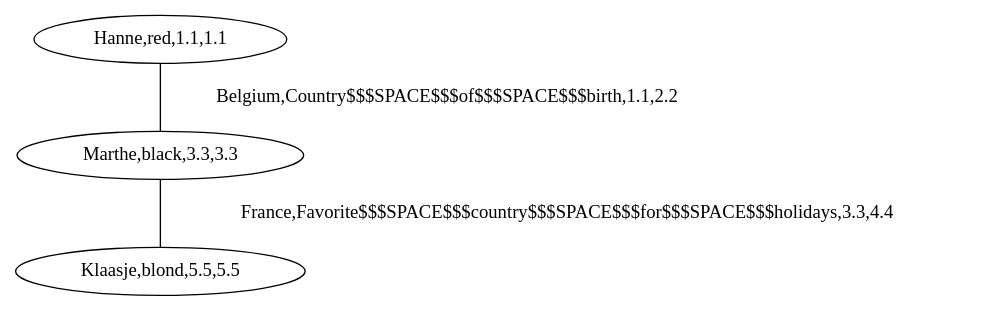
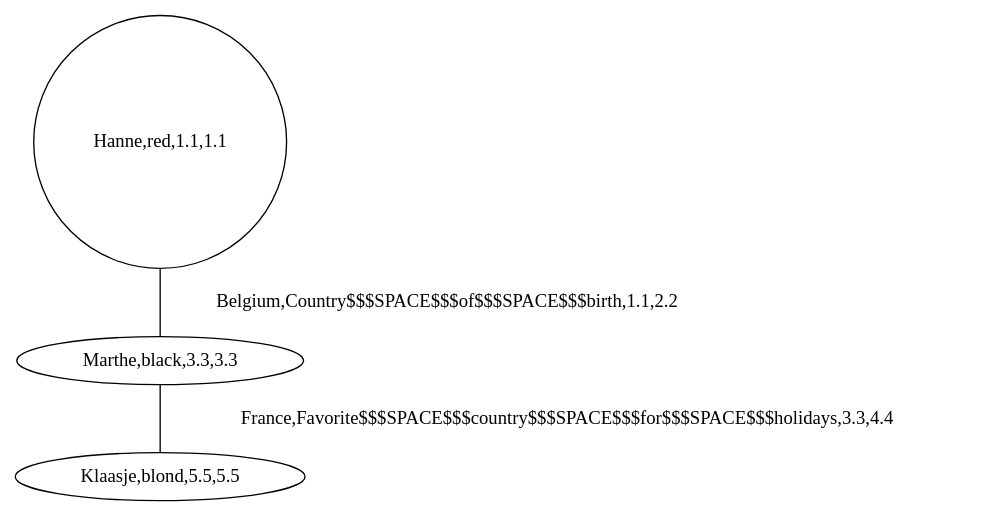
Before and after one commit to richelbilderbeek/boost_graph_cookbook_1: the diagram in BoostGraphTutorial/create_all_direct_neighbour_custom_and_selectable_edges_and_vertices_subgraphs_1.dot, drawn with Graphviz. The commit also changed 3 other files, not shown here.

```diff
--- a/BoostGraphTutorial/create_all_direct_neighbour_custom_and_selectable_edges_and_vertices_subgraphs_1.dot
+++ b/BoostGraphTutorial/create_all_direct_neighbour_custom_and_selectable_edges_and_vertices_subgraphs_1.dot
@@ -1,7 +1,7 @@
 graph G {
 0[label="Marthe,black,3.3,3.3", regular="0"];
-1[label="Hanne,red,1.1,1.1", regular="0"];
+1[label="Hanne,red,1.1,1.1", regular="1"];
 2[label="Klaasje,blond,5.5,5.5", regular="0"];
 1--0 [label="Belgium,Country$$$SPACE$$$of$$$SPACE$$$birth,1.1,2.2", regular="0"];
 0--2 [label="France,Favorite$$$SPACE$$$country$$$SPACE$$$for$$$SPACE$$$holidays,3.3,4.4", regular="0"];
 }
```
